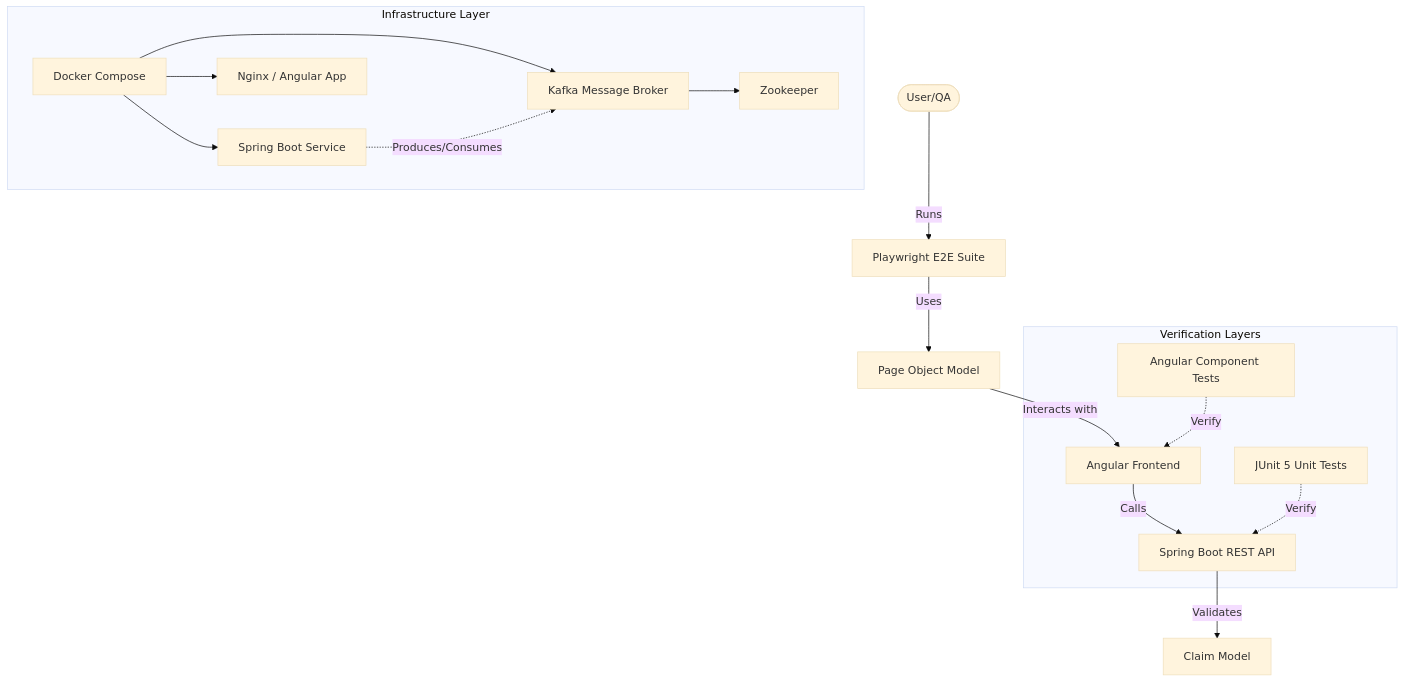
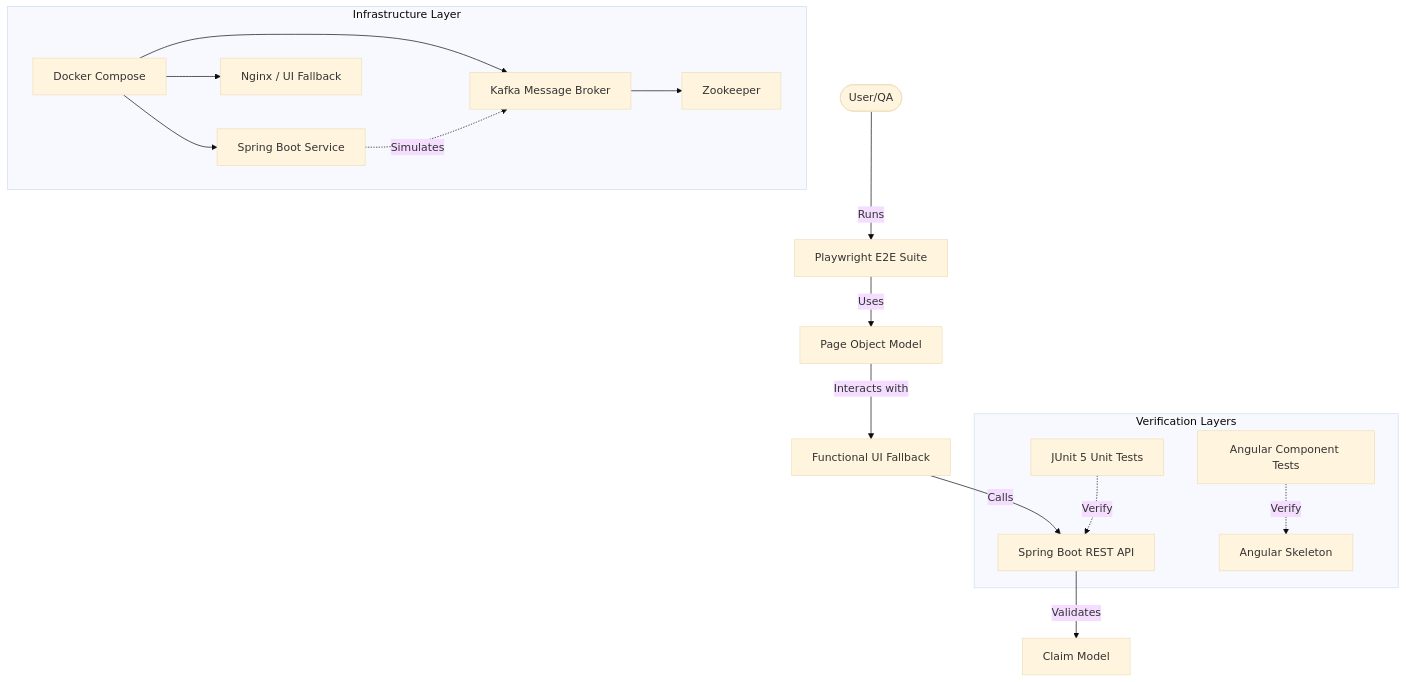
Before and after one commit to Abdul-sahil/SahilTesting: the diagram in PRESENTATION.md, drawn with Mermaid (base theme). The commit also changed other lines of this file and 4 other files, not shown here.

````diff
--- a/PRESENTATION.md
+++ b/PRESENTATION.md
@@ -55,21 +55,21 @@
 ```mermaid
 graph TD
     User([User/QA]) -->|Runs| PW[Playwright E2E Suite]
     PW -->|Uses| POM[Page Object Model]
-    POM -->|Interacts with| UI[Angular Frontend]
+    POM -->|Interacts with| UI[Functional UI Fallback]
     UI -->|Calls| API[Spring Boot REST API]
     API -->|Validates| Model[Claim Model]
     
     subgraph "Infrastructure Layer"
     Docker[Docker Compose] --> Backend[Spring Boot Service]
-    Docker --> Frontend[Nginx / Angular App]
+    Docker --> Frontend[Nginx / UI Fallback]
     Docker --> Kafka[Kafka Message Broker]
     Kafka --> Zookeeper[Zookeeper]
-    Backend -.->|Produces/Consumes| Kafka
+    Backend -.->|Simulates| Kafka
     end
     
     subgraph "Verification Layers"
     Unit[JUnit 5 Unit Tests] -.->|Verify| API
-    Comp[Angular Component Tests] -.->|Verify| UI
+    Comp[Angular Component Tests] -.->|Verify| AngularSkeleton[Angular Skeleton]
     end
 ```
````
